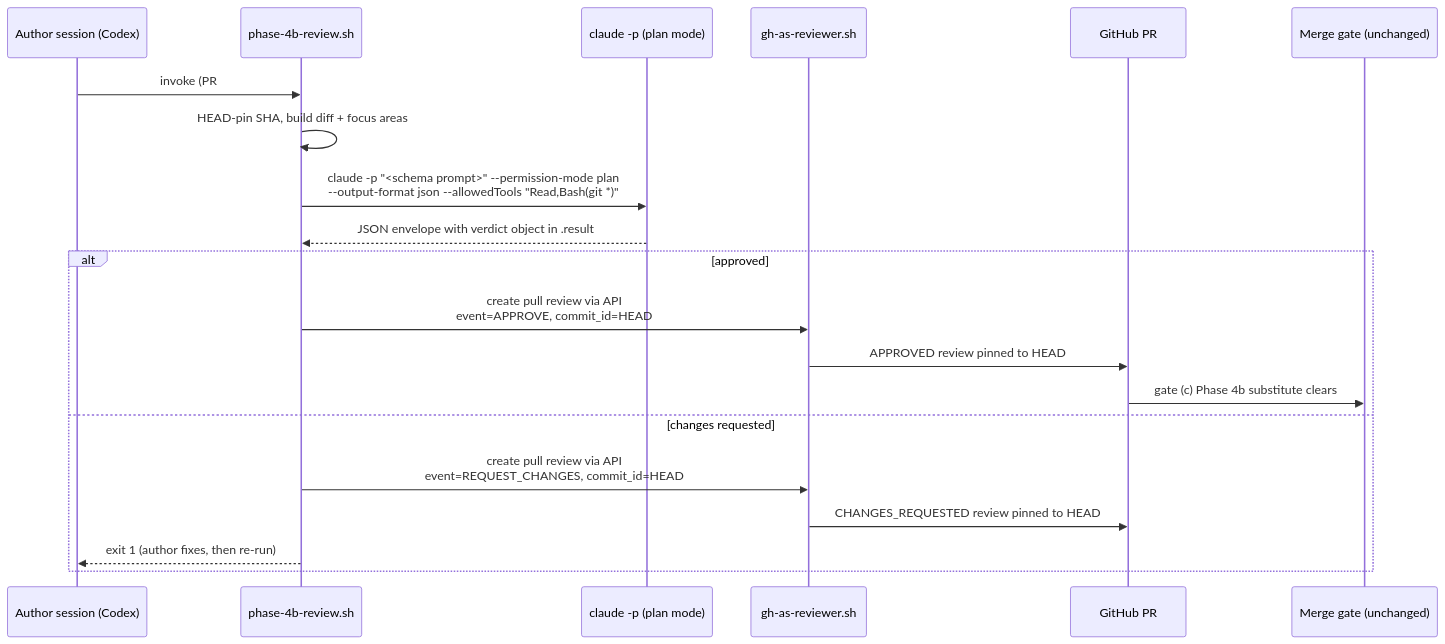
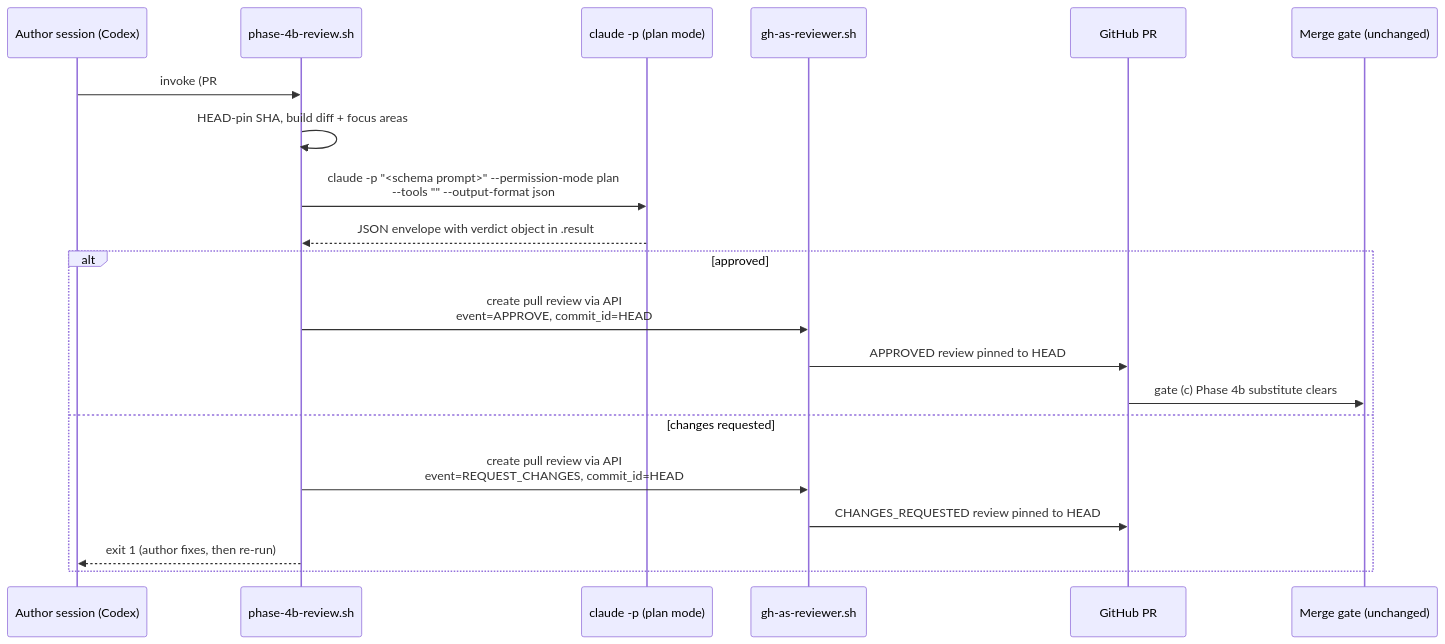
The fifth of 6 diagrams in plans/automated-phase-4b-handoff.md (nathanjohnpayne/mergepath), drawn with Mermaid before and after one commit. The commit also changed other lines of this file and 7 other files, not shown here.

````diff
--- a/plans/automated-phase-4b-handoff.md
+++ b/plans/automated-phase-4b-handoff.md
@@ -259,23 +261,23 @@
 ```mermaid
 sequenceDiagram
     participant CX as Author session (Codex)
     participant OR as phase-4b-review.sh
     participant CL as claude -p (plan mode)
     participant GR as gh-as-reviewer.sh
     participant PR as GitHub PR
     participant MG as Merge gate (unchanged)
 
     CX->>OR: invoke (PR#, direction=codex->claude)
     OR->>OR: HEAD-pin SHA, build diff + focus areas
-    OR->>CL: claude -p "<schema prompt>" --permission-mode plan<br/>--output-format json --allowedTools "Read,Bash(git *)"
+    OR->>CL: claude -p "<schema prompt>" --permission-mode plan<br/>--tools "" --output-format json
     CL-->>OR: JSON envelope with verdict object in .result
     alt approved
         OR->>GR: create pull review via API<br/>event=APPROVE, commit_id=HEAD
         GR->>PR: APPROVED review pinned to HEAD
         PR->>MG: gate (c) Phase 4b substitute clears
     else changes requested
         OR->>GR: create pull review via API<br/>event=REQUEST_CHANGES, commit_id=HEAD
         GR->>PR: CHANGES_REQUESTED review pinned to HEAD
         OR-->>CX: exit 1 (author fixes, then re-run)
     end
 ```
````
